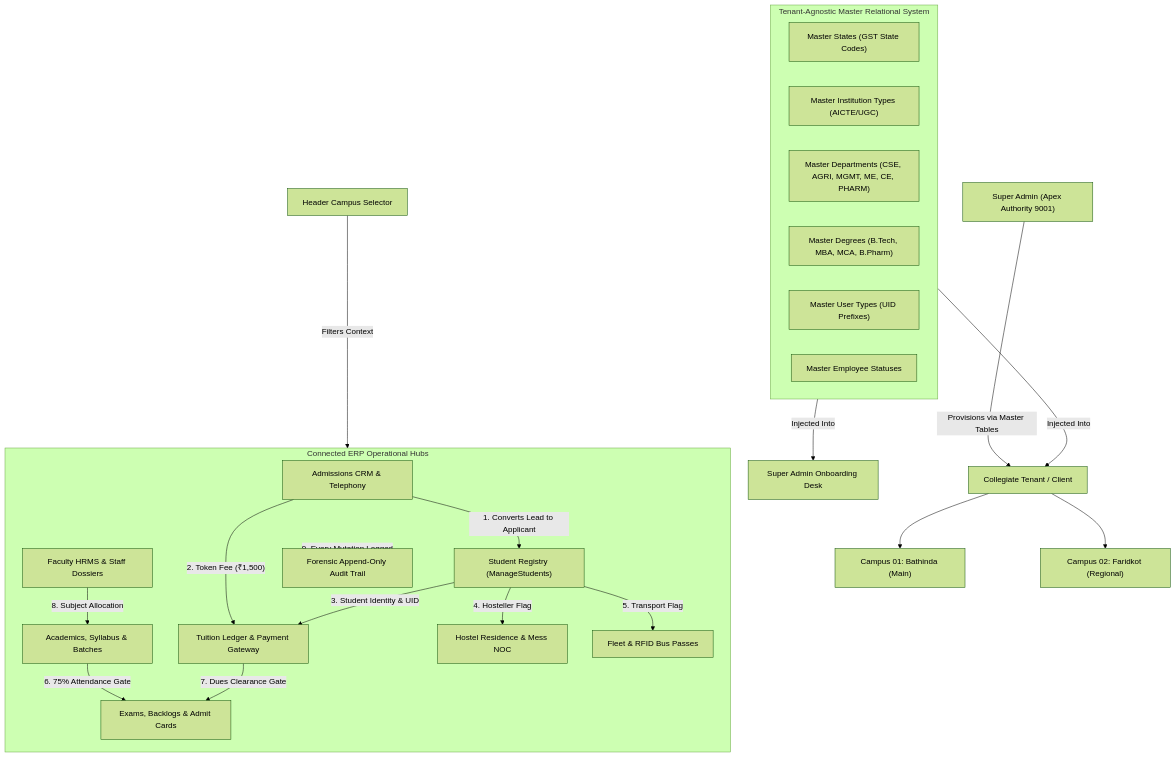
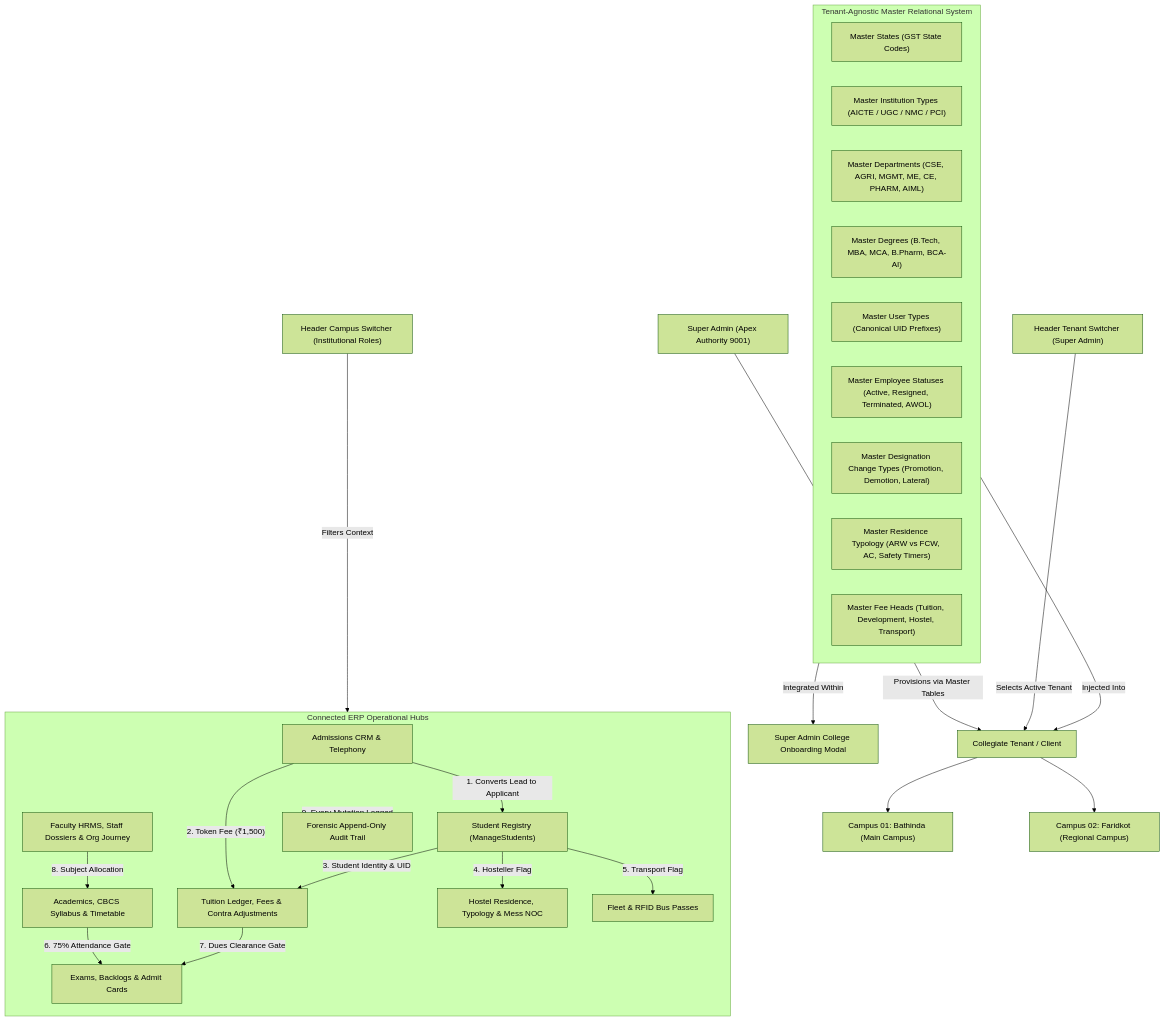
One commit to gurination1/ERP_educore changed the first of 5 diagrams in ARCHITECTURE_CONNECTION_MAP.md. Above: the diagram before and after it, drawn with Mermaid (forest theme). The commit also changed other lines of this file and 28 other files, not shown here.

Commit message:
feat(hostel,header,masters): end-to-end hostel persistence, student campus badge, master table injection, and 15-point verification

````diff
--- a/ARCHITECTURE_CONNECTION_MAP.md
+++ b/ARCHITECTURE_CONNECTION_MAP.md
@@ -11,42 +11,46 @@
 ```mermaid
 flowchart TD
     SA["Super Admin (Apex Authority 9001)"] -->|"Provisions via Master Tables"| Tenant["Collegiate Tenant / Client"]
-    Tenant --> C1["Campus 01: Bathinda (Main)"]
-    Tenant --> C2["Campus 02: Faridkot (Regional)"]
+    Tenant --> C1["Campus 01: Bathinda (Main Campus)"]
+    Tenant --> C2["Campus 02: Faridkot (Regional Campus)"]
     
     subgraph MasterTables ["Tenant-Agnostic Master Relational System"]
         MS["Master States (GST State Codes)"]
-        MIT["Master Institution Types (AICTE/UGC)"]
-        MD["Master Departments (CSE, AGRI, MGMT, ME, CE, PHARM)"]
-        MDeg["Master Degrees (B.Tech, MBA, MCA, B.Pharm)"]
-        MUT["Master User Types (UID Prefixes)"]
-        MES["Master Employee Statuses"]
+        MIT["Master Institution Types (AICTE / UGC / NMC / PCI)"]
+        MD["Master Departments (CSE, AGRI, MGMT, ME, CE, PHARM, AIML)"]
+        MDeg["Master Degrees (B.Tech, MBA, MCA, B.Pharm, BCA-AI)"]
+        MUT["Master User Types (Canonical UID Prefixes)"]
+        MES["Master Employee Statuses (Active, Resigned, Terminated, AWOL)"]
+        MDC["Master Designation Change Types (Promotion, Demotion, Lateral)"]
+        MHostel["Master Residence Typology (ARW vs FCW, AC, Safety Timers)"]
+        MFees["Master Fee Heads (Tuition, Development, Hostel, Transport)"]
     end
 
     MasterTables -->|"Injected Into"| Tenant
-    MasterTables -->|"Injected Into"| Onboard["Super Admin Onboarding Desk"]
+    MasterTables -->|"Integrated Within"| Onboard["Super Admin College Onboarding Modal"]
     
-    HeaderCampus["Header Campus Selector"] -->|"Filters Context"| ERPModules
+    HeaderTenant["Header Tenant Switcher (Super Admin)"] -->|"Selects Active Tenant"| Tenant
+    HeaderCampus["Header Campus Switcher (Institutional Roles)"] -->|"Filters Context"| ERPModules
     
     subgraph ERPModules ["Connected ERP Operational Hubs"]
         Adm["Admissions CRM & Telephony"]
         Reg["Student Registry (ManageStudents)"]
-        Fin["Tuition Ledger & Payment Gateway"]
-        Acad["Academics, Syllabus & Batches"]
+        Fin["Tuition Ledger, Fees & Contra Adjustments"]
+        Acad["Academics, CBCS Syllabus & Timetable"]
         Exam["Exams, Backlogs & Admit Cards"]
-        HR["Faculty HRMS & Staff Dossiers"]
-        Hostel["Hostel Residence & Mess NOC"]
+        HR["Faculty HRMS, Staff Dossiers & Org Journey"]
+        Hostel["Hostel Residence, Typology & Mess NOC"]
         Trans["Fleet & RFID Bus Passes"]
         Audit["Forensic Append-Only Audit Trail"]
     end
     
     Adm -->|"1. Converts Lead to Applicant"| Reg
     Adm -->|"2. Token Fee (₹1,500)"| Fin
     Reg -->|"3. Student Identity & UID"| Fin
     Reg -->|"4. Hosteller Flag"| Hostel
     Reg -->|"5. Transport Flag"| Trans
     Acad -->|"6. 75% Attendance Gate"| Exam
     Fin -->|"7. Dues Clearance Gate"| Exam
     HR -->|"8. Subject Allocation"| Acad
     ERPModules -->|"9. Every Mutation Logged"| Audit
 ```
````
